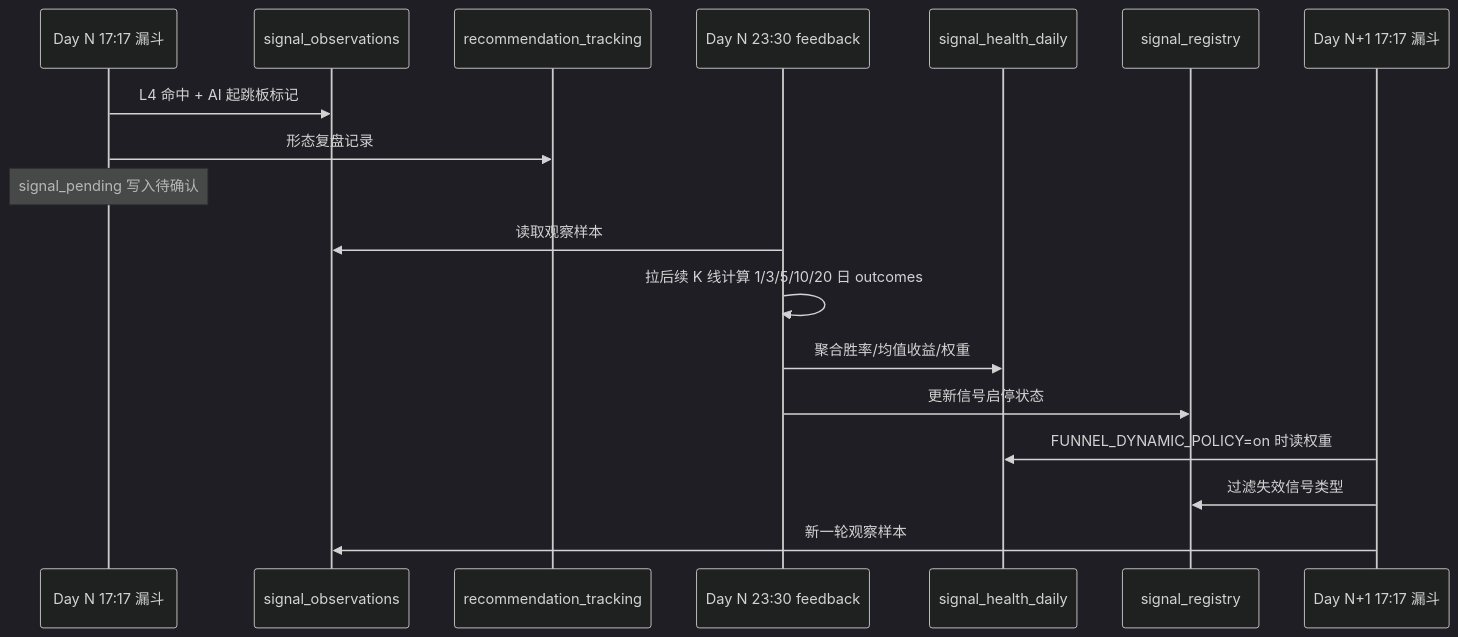
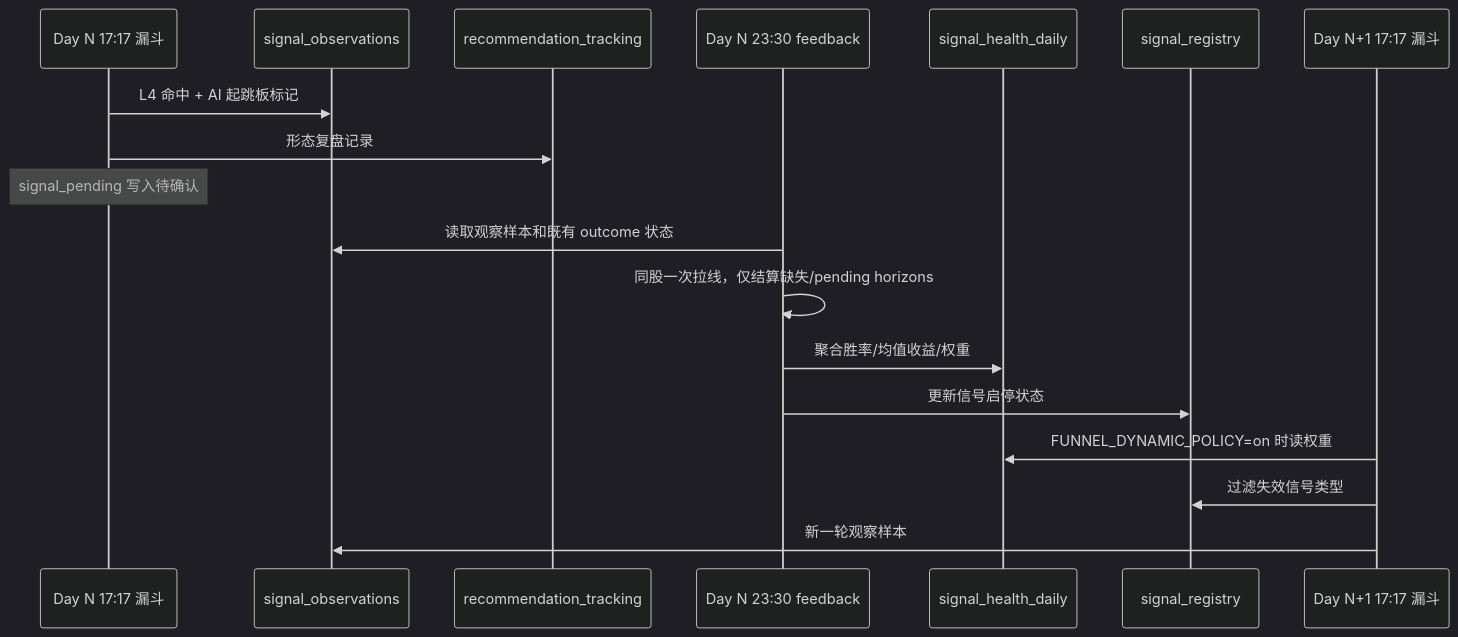
Before and after one commit to YoungCan-Wang/WyckoffTradingAgent: the sixth of 7 diagrams in docs/A_SHARE_FUNNEL_FLOW.md, drawn with Mermaid (dark theme). The commit also changed 17 other files, not shown here.

````diff
--- a/docs/A_SHARE_FUNNEL_FLOW.md
+++ b/docs/A_SHARE_FUNNEL_FLOW.md
@@ -407,23 +407,23 @@
 ```mermaid
 sequenceDiagram
     participant T1 as Day N 17:17 漏斗
     participant OBS as signal_observations
     participant REC as recommendation_tracking
     participant FB as Day N 23:30 feedback
     participant HL as signal_health_daily
     participant REG as signal_registry
     participant T2 as Day N+1 17:17 漏斗
 
     T1->>OBS: L4 命中 + AI 起跳板标记
     T1->>REC: 形态复盘记录
     Note over T1: signal_pending 写入待确认
 
-    FB->>OBS: 读取观察样本
-    FB->>FB: 拉后续 K 线计算 1/3/5/10/20 日 outcomes
+    FB->>OBS: 读取观察样本和既有 outcome 状态
+    FB->>FB: 同股一次拉线，仅结算缺失/pending horizons
     FB->>HL: 聚合胜率/均值收益/权重
     FB->>REG: 更新信号启停状态
 
     T2->>HL: FUNNEL_DYNAMIC_POLICY=on 时读权重
     T2->>REG: 过滤失效信号类型
     T2->>OBS: 新一轮观察样本
 ```
````
